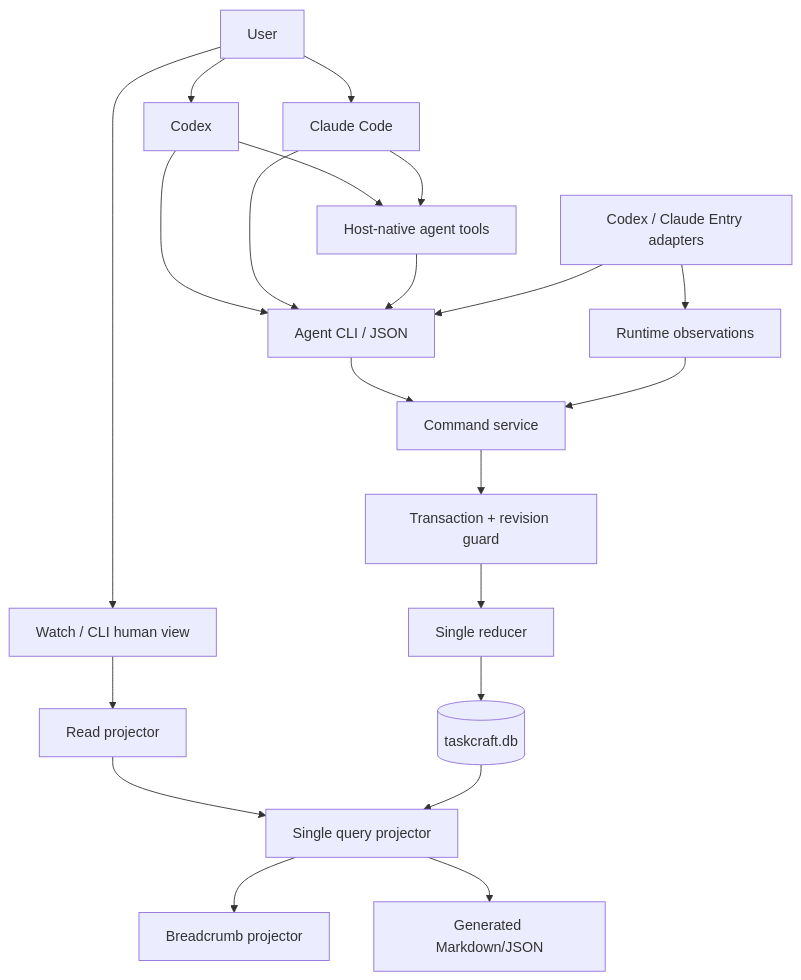
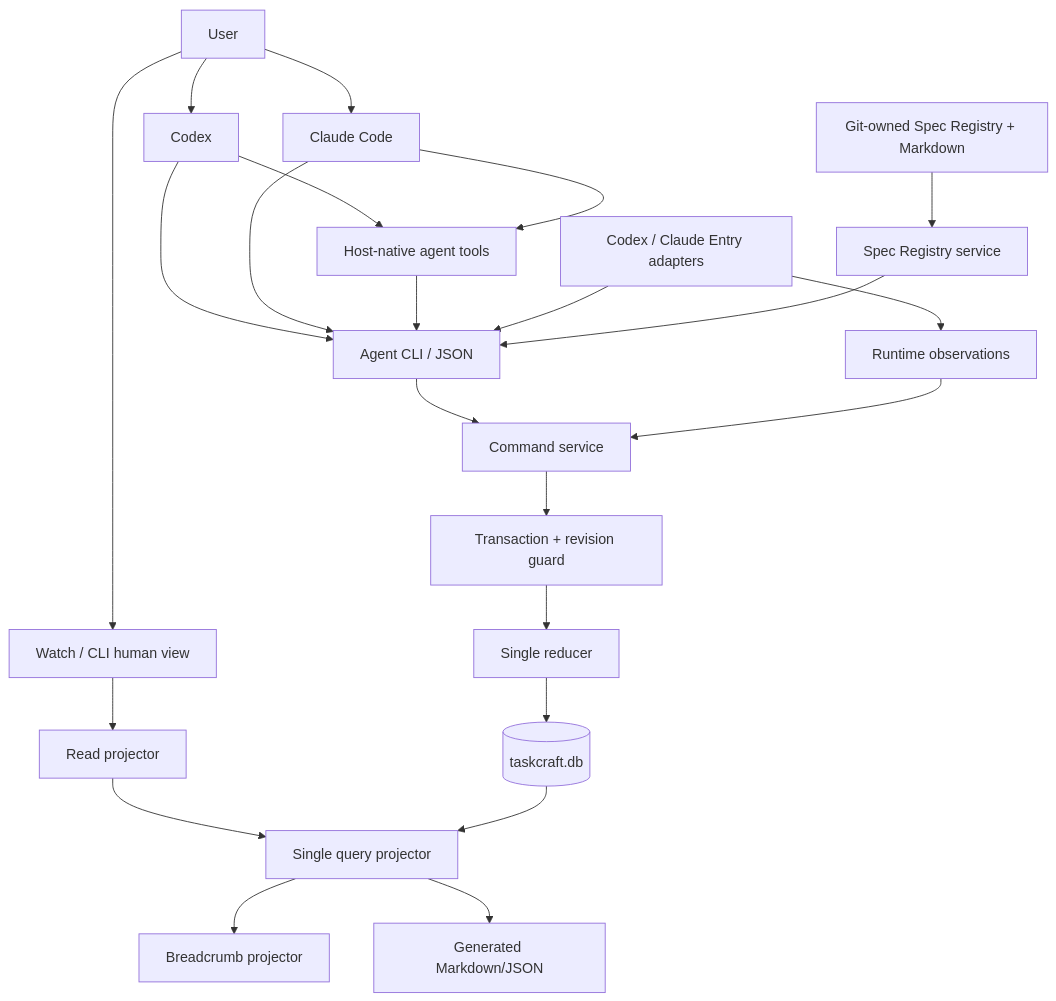
Before and after one commit to ttizzyf/taskcraft: the first of 2 diagrams in development/specs/architecture.md, drawn with Mermaid. The commit also changed other lines of this file and 22 other files, not shown here.

Commit message:
feat(spec): add Git-owned Spec Registry

````diff
--- a/development/specs/architecture.md
+++ b/development/specs/architecture.md
@@ -19,23 +24,25 @@
 ```mermaid
 flowchart TB
     U[User] --> W[Watch / CLI human view]
     U --> C[Codex]
     U --> H[Claude Code]
     C --> A[Agent CLI / JSON]
     H --> A
     C --> N[Host-native agent tools]
     H --> N
     N --> A
     A --> S[Command service]
     W --> Q[Read projector]
     S --> T[Transaction + revision guard]
     T --> R[Single reducer]
     R --> DB[(taskcraft.db)]
     Q --> P[Single query projector]
     DB --> P
     P --> B[Breadcrumb projector]
     P --> M[Generated Markdown/JSON]
     X[Codex / Claude Entry adapters] --> A
     X --> O[Runtime observations]
     O --> S
+    G[Git-owned Spec Registry + Markdown] --> V[Spec Registry service]
+    V --> A
 ```
````
